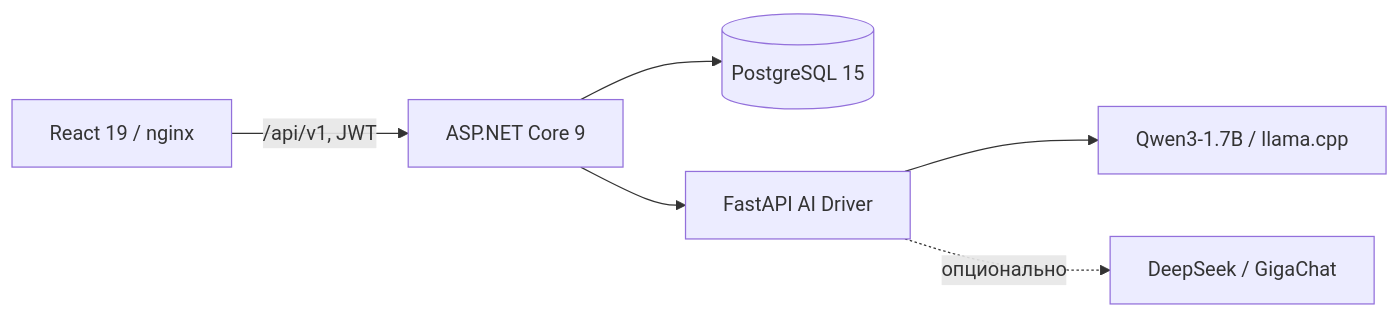
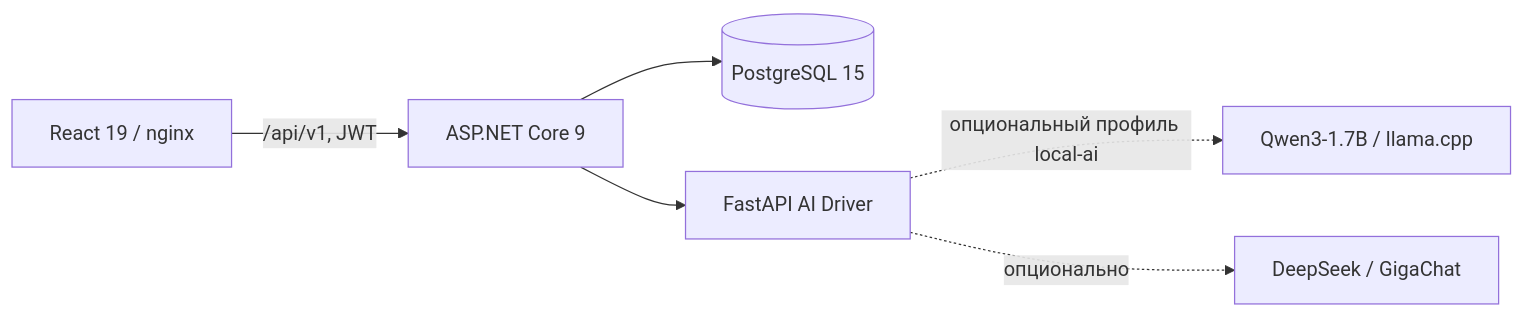
Before and after one commit to sqtwix/ai-education-mentor: the diagram in README.md, drawn with Mermaid. The commit also changed other lines of this file and 6 other files, not shown here.

````diff
--- a/README.md
+++ b/README.md
@@ -75,8 +75,8 @@
 ```mermaid
 flowchart LR
     U["React 19 / nginx"] -->|"/api/v1, JWT"| A["ASP.NET Core 9"]
     A --> P[("PostgreSQL 15")]
     A --> D["FastAPI AI Driver"]
-    D --> Q["Qwen3-1.7B / llama.cpp"]
+    D -. "опциональный профиль local-ai" .-> Q["Qwen3-1.7B / llama.cpp"]
     D -. "опционально" .-> C["DeepSeek / GigaChat"]
 ```
````
